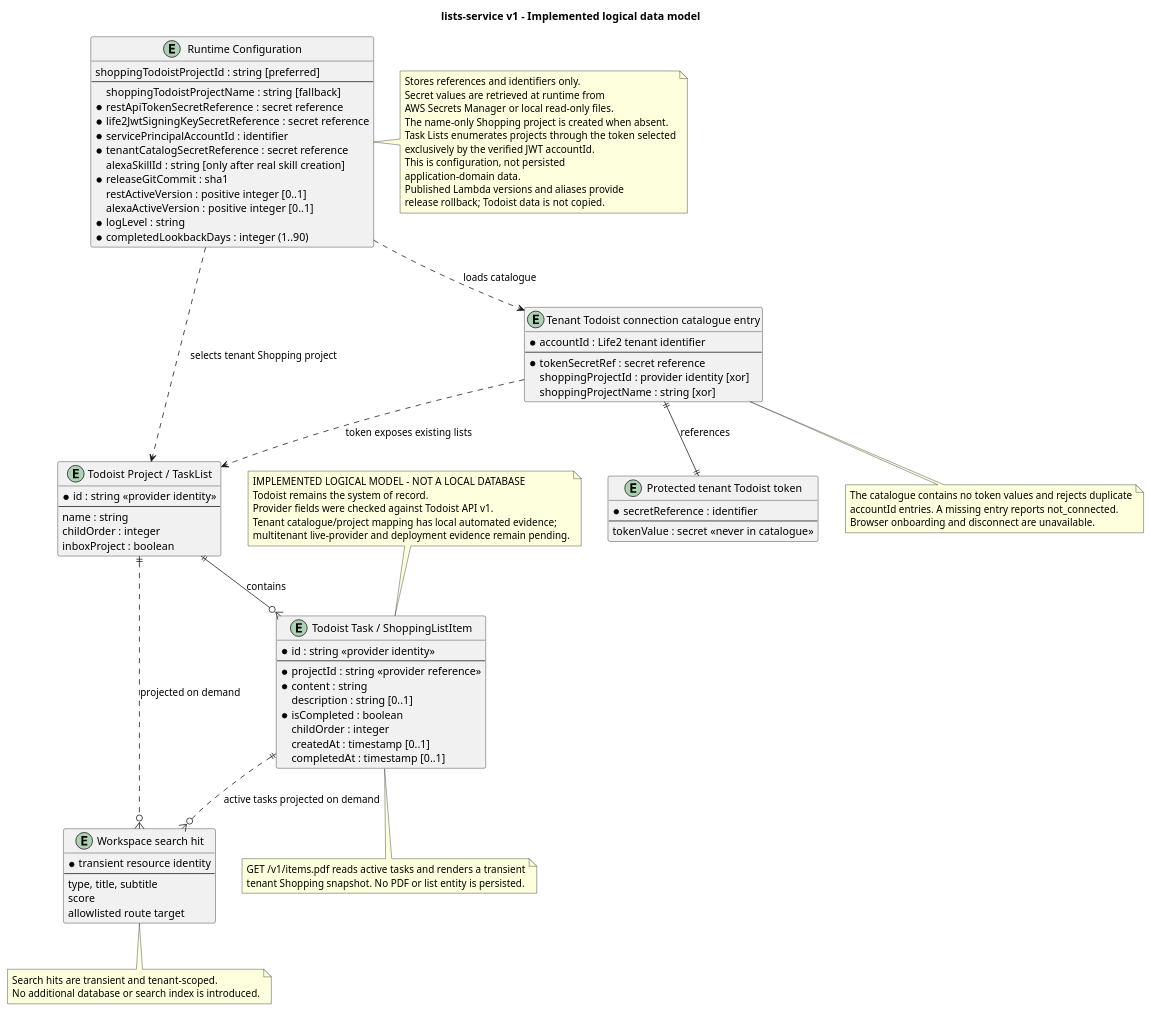
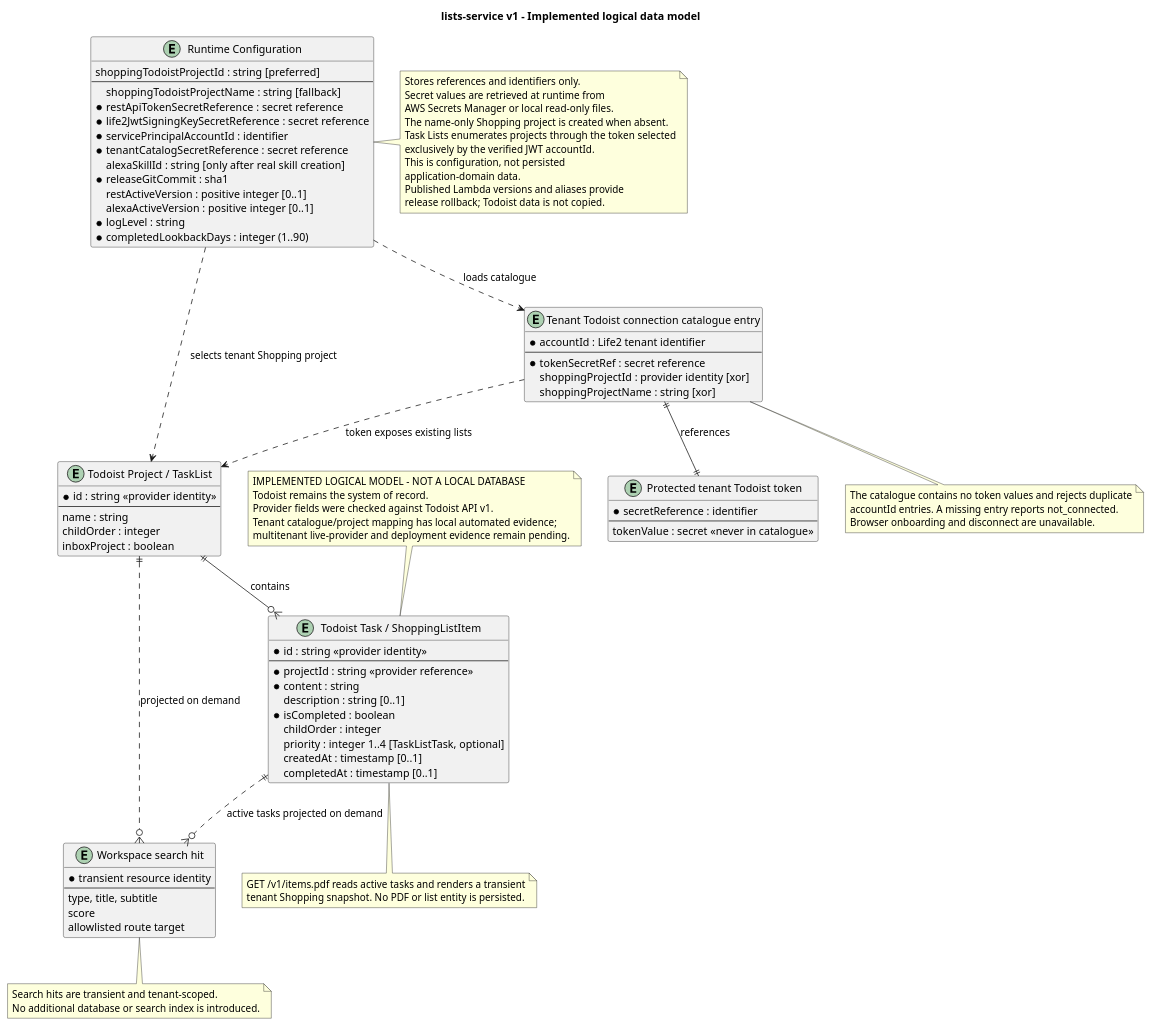
The diagram in docs/architecture/erd.puml (ralfepoisson/lists-service), drawn with PlantUML before and after one commit. The commit also changed 14 other files, not shown here.

```diff
--- a/docs/architecture/erd.puml
+++ b/docs/architecture/erd.puml
@@ -1,113 +1,114 @@
 @startuml
 title lists-service v1 - Implemented logical data model
 
 hide methods
 hide stereotypes
 skinparam shadowing false
 
 note as StatusNote
   IMPLEMENTED LOGICAL MODEL - NOT A LOCAL DATABASE
   Todoist remains the system of record.
   Provider fields were checked against Todoist API v1.
   Tenant catalogue/project mapping has local automated evidence;
   multitenant live-provider and deployment evidence remain pending.
 end note
 
 entity "Todoist Project / TaskList" as Project {
   * id : string <<provider identity>>
   --
   name : string
   childOrder : integer
   inboxProject : boolean
 }
 
 entity "Todoist Task / ShoppingListItem" as Item {
   * id : string <<provider identity>>
   --
   * projectId : string <<provider reference>>
   * content : string
   description : string [0..1]
   * isCompleted : boolean
   childOrder : integer
+  priority : integer 1..4 [TaskListTask, optional]
   createdAt : timestamp [0..1]
   completedAt : timestamp [0..1]
 }
 
 entity "Runtime Configuration" as Configuration {
   shoppingTodoistProjectId : string [preferred]
   --
   shoppingTodoistProjectName : string [fallback]
   * restApiTokenSecretReference : secret reference
   * life2JwtSigningKeySecretReference : secret reference
   * servicePrincipalAccountId : identifier
   * tenantCatalogSecretReference : secret reference
   alexaSkillId : string [only after real skill creation]
   * releaseGitCommit : sha1
   restActiveVersion : positive integer [0..1]
   alexaActiveVersion : positive integer [0..1]
   * logLevel : string
   * completedLookbackDays : integer (1..90)
 }
 
 entity "Tenant Todoist connection catalogue entry" as Connection {
   * accountId : Life2 tenant identifier
   --
   * tokenSecretRef : secret reference
   shoppingProjectId : provider identity [xor]
   shoppingProjectName : string [xor]
 }
 
 entity "Protected tenant Todoist token" as TenantToken {
   * secretReference : identifier
   --
   tokenValue : secret <<never in catalogue>>
 }
 
 entity "Workspace search hit" as SearchHit {
   * transient resource identity
   --
   type, title, subtitle
   score
   allowlisted route target
 }
 
 Project ||--o{ Item : contains
 Connection ..> Project : token exposes existing lists
 Connection ||--|| TenantToken : references
 Configuration ..> Connection : loads catalogue
 Configuration ..> Project : selects tenant Shopping project
 Project ||..o{ SearchHit : projected on demand
 Item ||..o{ SearchHit : active tasks projected on demand
 
 note right of Configuration
   Stores references and identifiers only.
   Secret values are retrieved at runtime from
   AWS Secrets Manager or local read-only files.
   The name-only Shopping project is created when absent.
   Task Lists enumerates projects through the token selected
   exclusively by the verified JWT accountId.
   This is configuration, not persisted
   application-domain data.
   Published Lambda versions and aliases provide
   release rollback; Todoist data is not copied.
 end note
 
 note bottom of Connection
   The catalogue contains no token values and rejects duplicate
   accountId entries. A missing entry reports not_connected.
   Browser onboarding and disconnect are unavailable.
 end note
 
 note bottom of Item
   GET /v1/items.pdf reads active tasks and renders a transient
   tenant Shopping snapshot. No PDF or list entity is persisted.
 end note
 
 note bottom of SearchHit
   Search hits are transient and tenant-scoped.
   No additional database or search index is introduced.
 end note
 
 StatusNote .. Item
 
 @enduml
```
